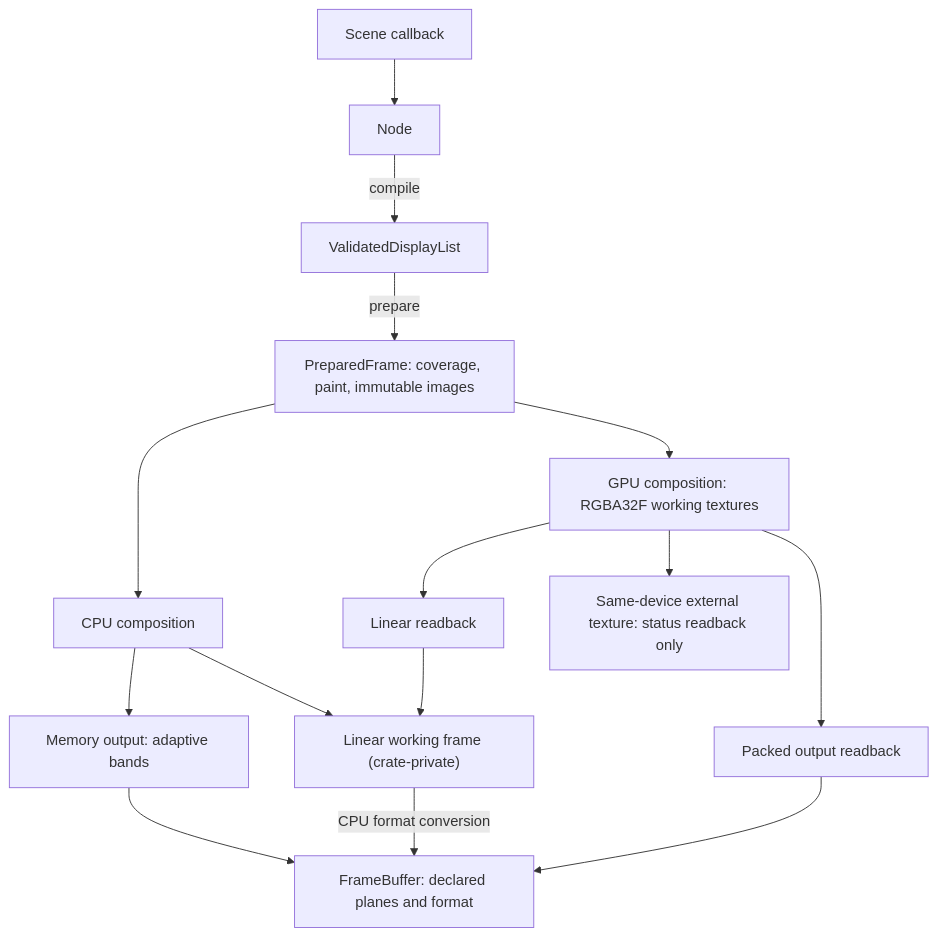
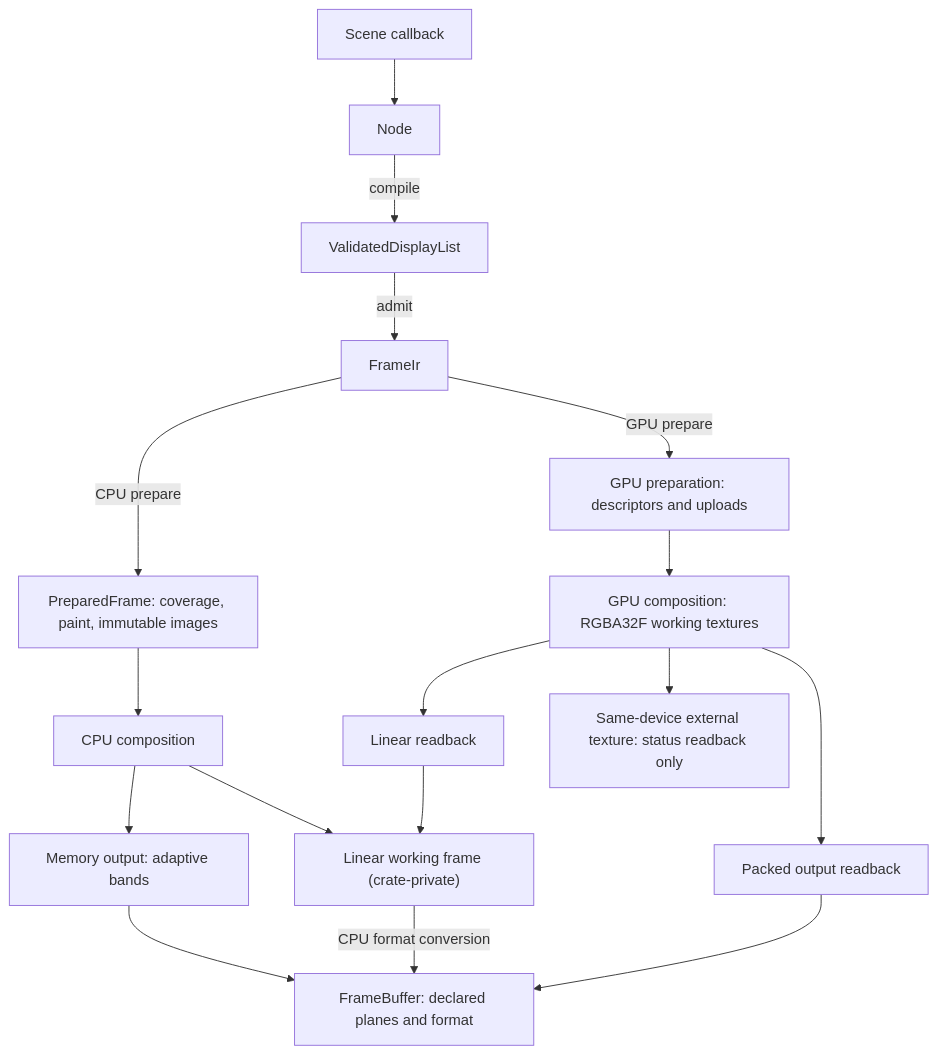
One commit to motion-rs/motion-rs changed the third of 6 diagrams in docs/design/rendering.md. Above: the diagram before and after it, drawn with Mermaid. The commit also changed other lines of this file and 4 other files, not shown here.

````diff
--- a/docs/design/rendering.md
+++ b/docs/design/rendering.md
@@ -233,17 +223,19 @@
 ```mermaid
 flowchart TD
     Build["Scene callback"] --> Node["Node"]
     Node -->|compile| Commands["ValidatedDisplayList"]
-    Commands -->|prepare| Prepared["PreparedFrame: coverage, paint, immutable images"]
+    Commands -->|admit| IR["FrameIr"]
+    IR -->|CPU prepare| Prepared["PreparedFrame: coverage, paint, immutable images"]
+    IR -->|GPU prepare| GpuPrep["GPU preparation: descriptors and uploads"]
     Prepared --> CPU["CPU composition"]
-    Prepared --> GPU["GPU composition: RGBA32F working textures"]
+    GpuPrep --> GPU["GPU composition: RGBA32F working textures"]
     CPU --> Bands["Memory output: adaptive bands"]
     Bands --> Buffer["FrameBuffer: declared planes and format"]
     CPU --> Linear["Linear working frame (crate-private)"]
     Linear -->|CPU format conversion| Buffer
     GPU --> Readback["Linear readback"]
     Readback --> Linear
     GPU --> Packed["Packed output readback"]
     Packed --> Buffer
     GPU --> Texture["Same-device external texture: status readback only"]
 ```
````
